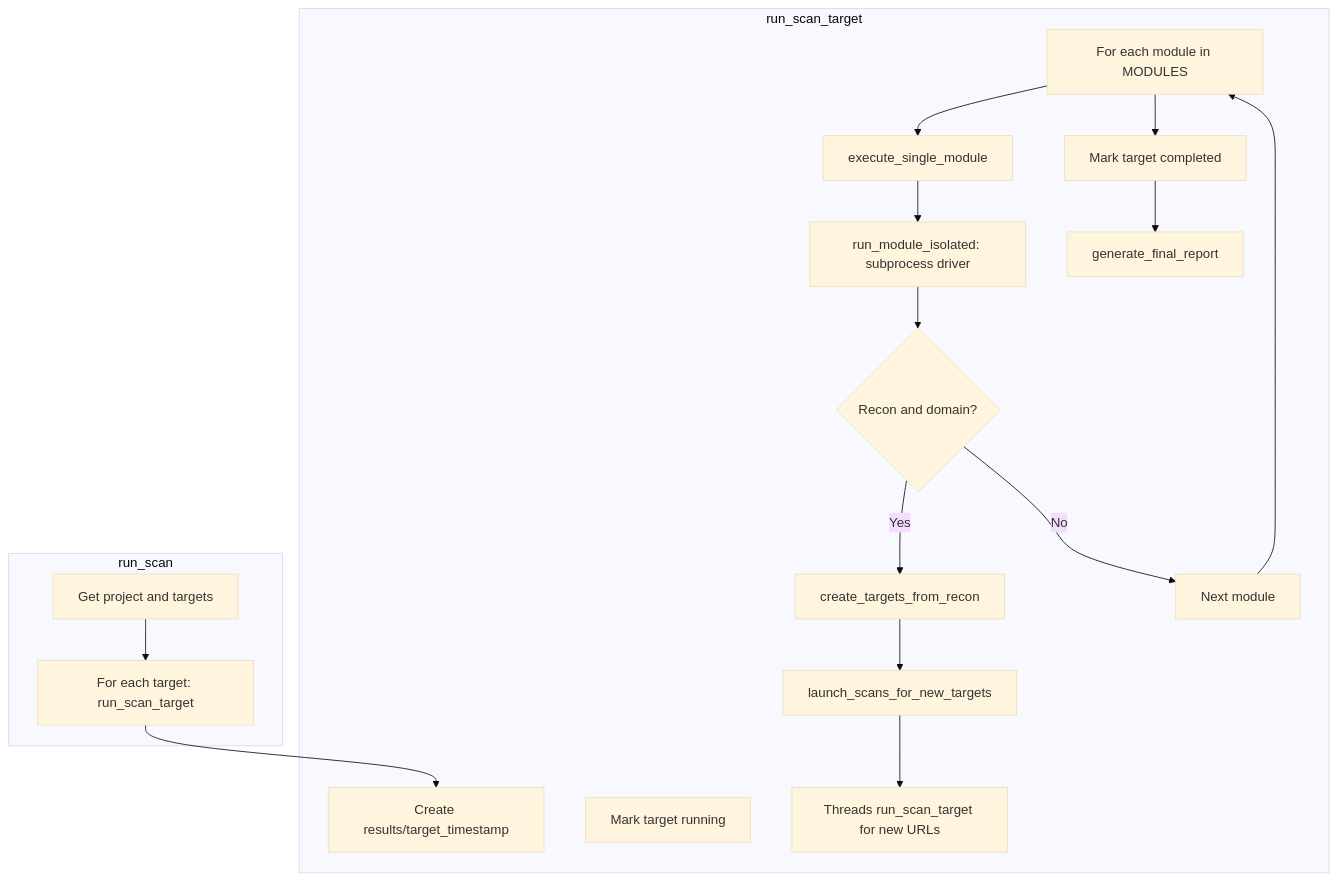
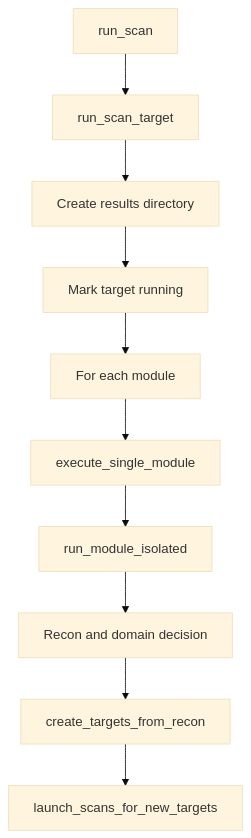
One commit to pereznacho/Bounty_Hunter changed the third of 5 diagrams in README.md. Above: the diagram before and after it, drawn with Mermaid (base theme). The commit also changed other lines of this file, not shown here.

````diff
--- a/README.md
+++ b/README.md
@@ -123,23 +129,12 @@
 ```mermaid
-flowchart TB
-    subgraph run_scan
-        A[Get project and targets]
-        A --> B[For each target: run_scan_target]
-    end
-    subgraph run_scan_target
-        C[Create results/target_timestamp]
-        D[Mark target running]
-        E[For each module in MODULES]
-        E --> F[execute_single_module]
-        F --> G[run_module_isolated: subprocess driver]
-        G --> H{Recon and domain?}
-        H -->|Yes| I[create_targets_from_recon]
-        I --> J[launch_scans_for_new_targets]
-        J --> K[Threads run_scan_target for new URLs]
-        H -->|No| L[Next module]
-        L --> E
-        E --> M[Mark target completed]
-        M --> N[generate_final_report]
-    end
-    B --> C
+graph TB;
+    RS[run_scan] --> RT[run_scan_target];
+    RT --> C[Create results directory];
+    C --> D[Mark target running];
+    D --> E[For each module];
+    E --> X[execute_single_module];
+    X --> Y[run_module_isolated];
+    Y --> Z[Recon and domain decision];
+    Z --> A[create_targets_from_recon];
+    A --> B[launch_scans_for_new_targets];
 ```
````
